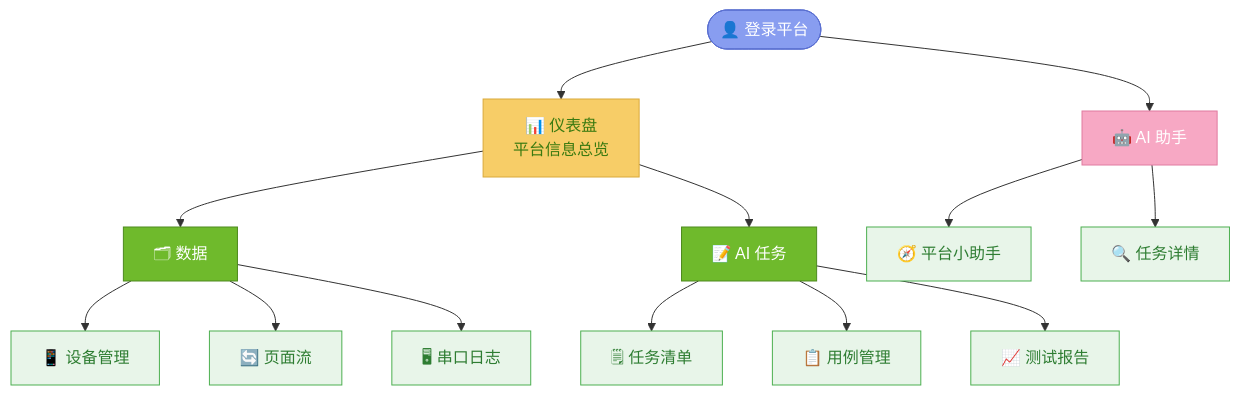
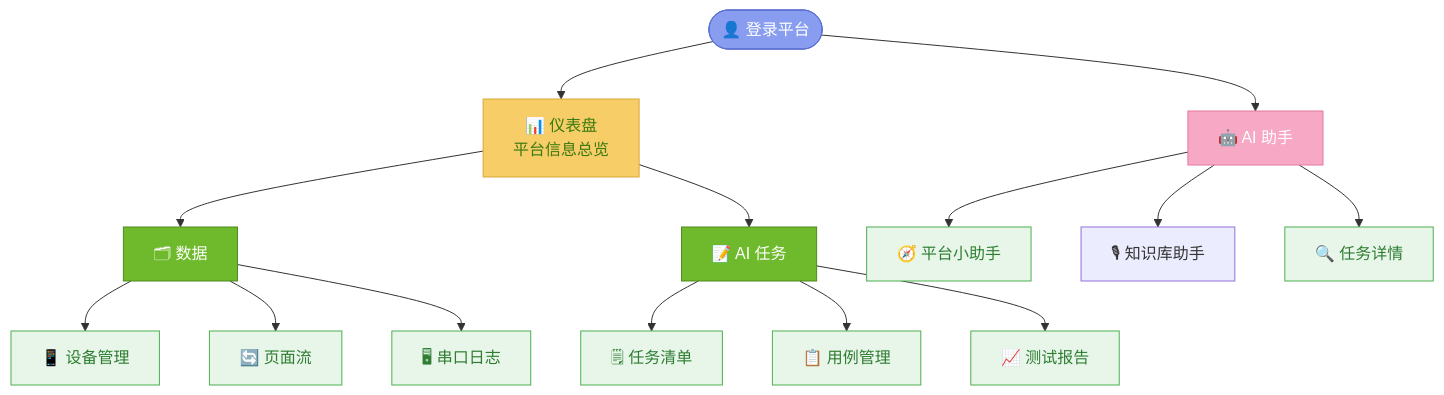
The first of 3 diagrams in dev_docs/ARCH_PRD/PRD-平台总需求.md (Kahoku-lazy/Android-AutoTests), drawn with Mermaid before and after one commit. The commit also changed other lines of this file and 11 other files, not shown here.

````diff
--- a/dev_docs/ARCH_PRD/PRD-平台总需求.md
+++ b/dev_docs/ARCH_PRD/PRD-平台总需求.md
@@ -66,30 +68,31 @@
 ```mermaid
 flowchart TD
     A(["👤 登录平台"]) --> B["📊 仪表盘<br/>平台信息总览"]
     A --> AI["🤖 AI 助手"]
 
     B --> DATA["🗂 数据"]
     B --> TASK["📝 AI 任务"]
 
     DATA --> DP["📱 设备管理"]
     DATA --> WF["🔄 页面流"]
     DATA --> SL["🖥 串口日志"]
 
     TASK --> TL["🗒 任务清单"]
     TASK --> CM["📋 用例管理"]
     TASK --> RG["📈 测试报告"]
 
     AI --> PA["🧭 平台小助手"]
+    AI --> KBA["🎙 知识库助手"]
     AI --> TD["🔍 任务详情"]
 
     classDef entry fill:#889df0,color:#fff,stroke:#5a6fd0;
     classDef hub fill:#f7cd67,color:#3a7a10,stroke:#d9a93a;
     classDef group fill:#6fba2c,color:#fff,stroke:#4e8a1f;
     classDef leaf fill:#e8f5e9,color:#2e7d32,stroke:#4caf50;
     classDef ai fill:#f7a8c4,color:#fff,stroke:#e07ba0;
     class A entry;
     class B hub;
     class DATA,TASK group;
     class DP,WF,SL,TL,CM,RG,PA,TD leaf;
     class AI ai;
 ```
````
